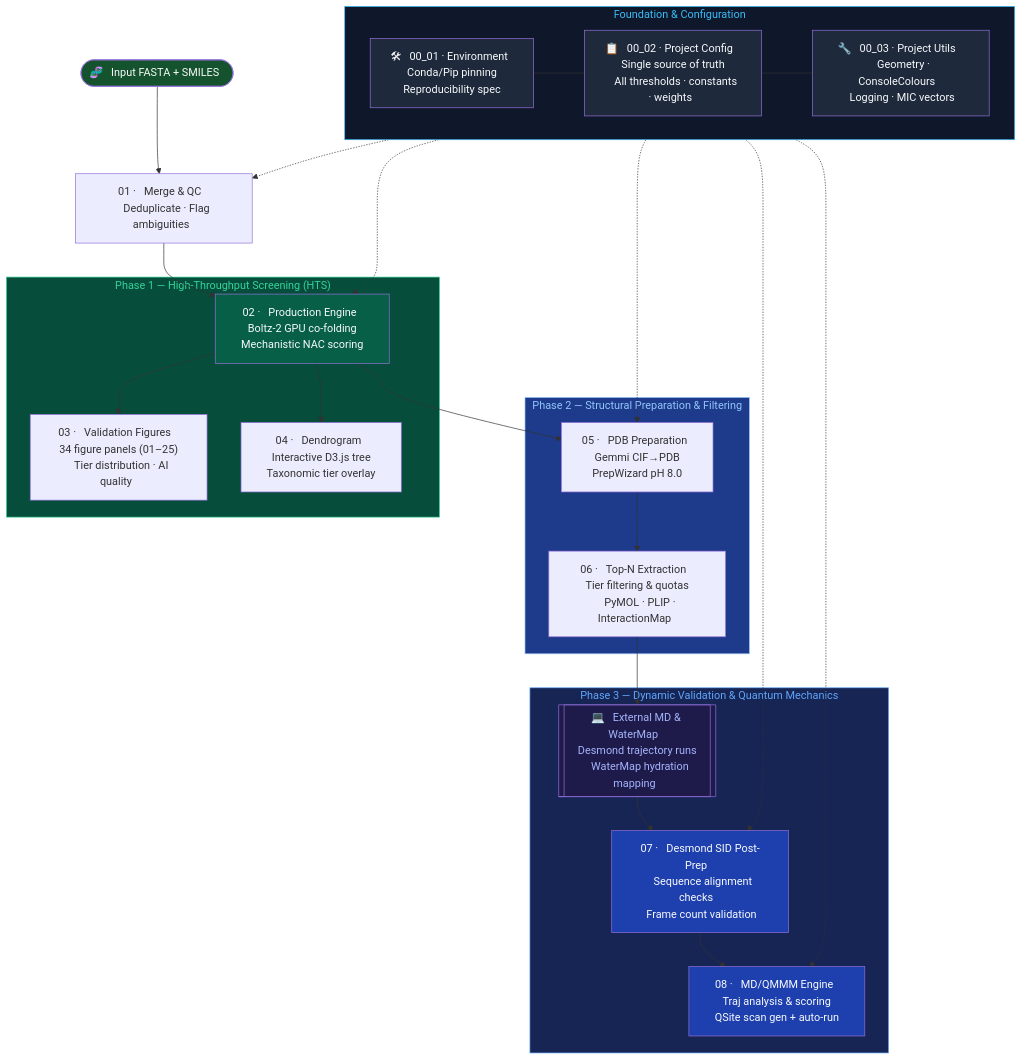
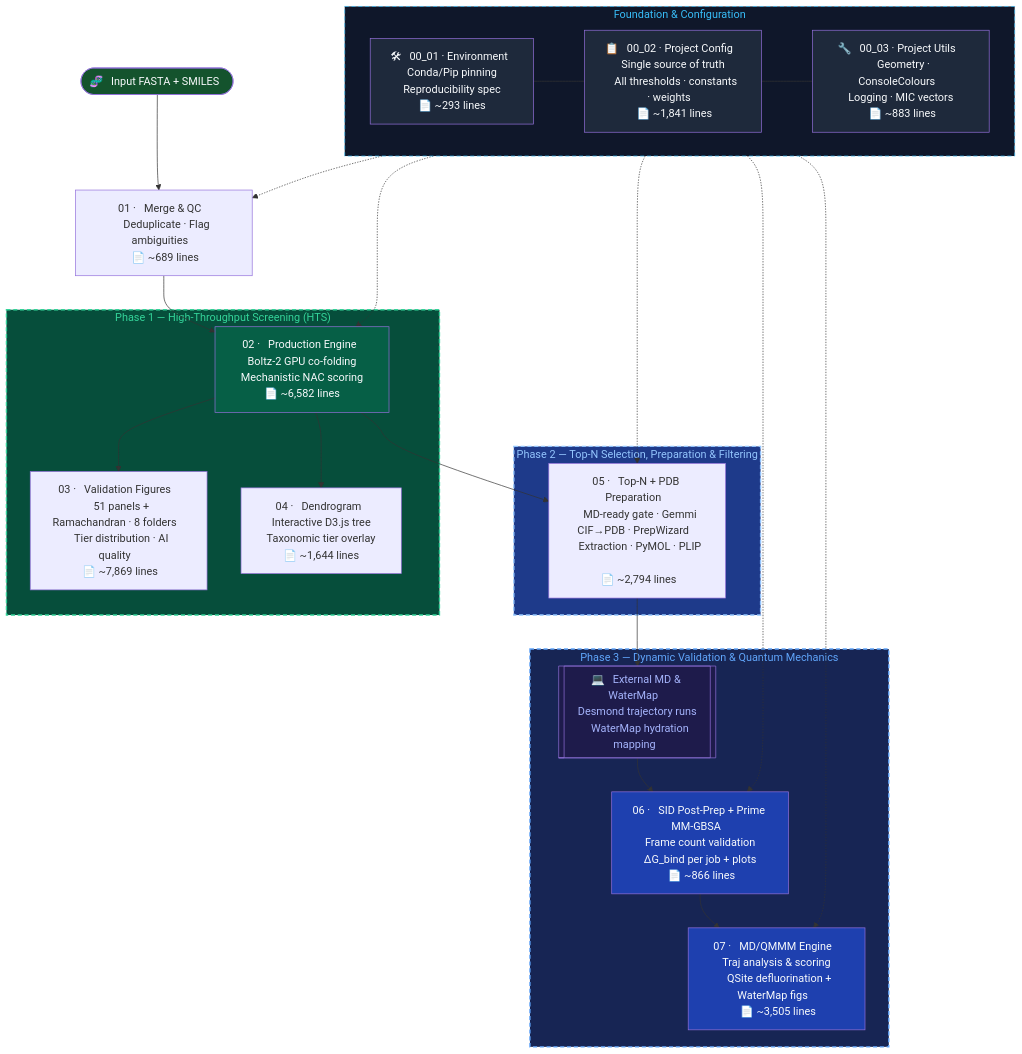
The diagram in README.md (KU-MGB/DeFluorX), drawn with Mermaid before and after one commit. The commit also changed other lines of this file and 16 other files, not shown here.

````diff
--- a/README.md
+++ b/README.md
@@ -179,57 +189,56 @@
 ```mermaid
 flowchart TD
     subgraph FOUNDATION["  Foundation & Configuration  "]
-        ENV["🛠 &nbsp; 00_01 · Environment &nbsp; \n &nbsp; Conda/Pip pinning &nbsp; \n &nbsp; Reproducibility spec &nbsp; "]
-        CFG["📋 &nbsp; 00_02 · Project Config &nbsp; \n &nbsp; Single source of truth &nbsp; \n &nbsp; All thresholds · constants · weights &nbsp; "]
-        UTL["🔧 &nbsp; 00_03 · Project Utils &nbsp; \n &nbsp; Geometry · ConsoleColours &nbsp; \n &nbsp; Logging · MIC vectors &nbsp; "]
+        ENV["🛠 &nbsp; 00_01 · Environment &nbsp; \n &nbsp; Conda/Pip pinning &nbsp; \n &nbsp; Reproducibility spec &nbsp; \n &nbsp; 📄 ~293 lines &nbsp; "]
+        CFG["📋 &nbsp; 00_02 · Project Config &nbsp; \n &nbsp; Single source of truth &nbsp; \n &nbsp; All thresholds · constants · weights &nbsp; \n &nbsp; 📄 ~1,841 lines &nbsp; "]
+        UTL["🔧 &nbsp; 00_03 · Project Utils &nbsp; \n &nbsp; Geometry · ConsoleColours &nbsp; \n &nbsp; Logging · MIC vectors &nbsp; \n &nbsp; 📄 ~883 lines &nbsp; "]
         ENV --- CFG --- UTL
     end
 
     START([🧬 &nbsp; Input FASTA + SMILES &nbsp;]) --> M1
-    M1["01 · &nbsp; Merge & QC &nbsp; \n &nbsp; Deduplicate · Flag ambiguities &nbsp; "] --> M2
+    M1["01 · &nbsp; Merge & QC &nbsp; \n &nbsp; Deduplicate · Flag ambiguities &nbsp; \n &nbsp; 📄 ~689 lines &nbsp; "] --> M2
 
     subgraph PHASE1["  Phase 1 — High-Throughput Screening (HTS)  "]
-        M2["02 · &nbsp; Production Engine &nbsp; \n &nbsp; Boltz-2 GPU co-folding &nbsp; \n &nbsp; Mechanistic NAC scoring &nbsp; "]
-        M3["03 · &nbsp; Validation Figures &nbsp; \n &nbsp; 34 figure panels (01–25) &nbsp; \n &nbsp; Tier distribution · AI quality &nbsp; "]
-        M4["04 · &nbsp; Dendrogram &nbsp; \n &nbsp; Interactive D3.js tree &nbsp; \n &nbsp; Taxonomic tier overlay &nbsp; "]
+        M2["02 · &nbsp; Production Engine &nbsp; \n &nbsp; Boltz-2 GPU co-folding &nbsp; \n &nbsp; Mechanistic NAC scoring &nbsp; \n &nbsp; 📄 ~6,582 lines &nbsp; "]
+        M3["03 · &nbsp; Validation Figures &nbsp; \n &nbsp; 51 panels + Ramachandran · 8 folders &nbsp; \n &nbsp; Tier distribution · AI quality &nbsp; \n &nbsp; 📄 ~7,869 lines &nbsp; "]
+        M4["04 · &nbsp; Dendrogram &nbsp; \n &nbsp; Interactive D3.js tree &nbsp; \n &nbsp; Taxonomic tier overlay &nbsp; \n &nbsp; 📄 ~1,644 lines &nbsp; "]
         M2 --> M3
         M2 --> M4
     end
 
     M2 --> M5
 
-    subgraph PHASE2["  Phase 2 — Structural Preparation & Filtering  "]
-        M5["05 · &nbsp; PDB Preparation &nbsp; \n &nbsp; Gemmi CIF→PDB &nbsp; \n &nbsp; PrepWizard pH 8.0 &nbsp; "]
-        M6["06 · &nbsp; Top-N Extraction &nbsp; \n &nbsp; Tier filtering & quotas &nbsp; \n &nbsp; PyMOL · PLIP · InteractionMap &nbsp; "]
-        M5 --> M6
+    subgraph PHASE2["  Phase 2 — Top-N Selection, Preparation & Filtering  "]
+        M5["05 · &nbsp; Top-N + PDB Preparation &nbsp; \n &nbsp; MD-ready gate · Gemmi CIF→PDB · PrepWizard &nbsp; \n &nbsp; Extraction · PyMOL · PLIP &nbsp; \n &nbsp; 📄 ~2,794 lines &nbsp; "]
     end
 
-    M6 --> EXT_MD
+    M5 --> EXT_MD
 
     subgraph PHASE3["  Phase 3 — Dynamic Validation & Quantum Mechanics  "]
         EXT_MD[["💻 &nbsp; External MD & WaterMap &nbsp; \n &nbsp; Desmond trajectory runs &nbsp; \n &nbsp; WaterMap hydration mapping &nbsp;"]]
-        M7["07 · &nbsp; Desmond SID Post-Prep &nbsp; \n &nbsp; Sequence alignment checks &nbsp; \n &nbsp; Frame count validation &nbsp; "]
-        M8["08 · &nbsp; MD/QMMM Engine &nbsp; \n &nbsp; Traj analysis & scoring &nbsp; \n &nbsp; QSite scan gen + auto-run &nbsp; "]
-        EXT_MD --> M7 --> M8
+        M6["06 · &nbsp; SID Post-Prep + Prime MM-GBSA &nbsp; \n &nbsp; Frame count validation &nbsp; \n &nbsp; ΔG_bind per job + plots &nbsp; \n &nbsp; 📄 ~866 lines &nbsp; "]
+        M7["07 · &nbsp; MD/QMMM Engine &nbsp; \n &nbsp; Traj analysis & scoring &nbsp; \n &nbsp; QSite defluorination + WaterMap figs &nbsp; \n &nbsp; 📄 ~3,505 lines &nbsp; "]
+        EXT_MD --> M6 --> M7
     end
 
     %% Dependencies
     FOUNDATION -.-> M1
     FOUNDATION -.-> M2
     FOUNDATION -.-> M5
+    FOUNDATION -.-> M6
     FOUNDATION -.-> M7
-    FOUNDATION -.-> M8
 
     style FOUNDATION fill:#0f172a,color:#38bdf8,stroke:#38bdf8
     style CFG fill:#1e293b,color:#f8fafc
     style UTL fill:#1e293b,color:#f8fafc
     style ENV fill:#1e293b,color:#f8fafc
-    style PHASE1 fill:#064e3b,color:#34d399,stroke:#34d399
-    style PHASE2 fill:#1e3a8a,color:#93c5fd,stroke:#93c5fd
-    style PHASE3 fill:#172554,color:#60a5fa,stroke:#60a5fa
+    style PHASE1 fill:#064e3b,color:#34d399,stroke:#34d399,stroke-width:2px,stroke-dasharray: 6 4
+    style PHASE2 fill:#1e3a8a,color:#93c5fd,stroke:#93c5fd,stroke-width:2px,stroke-dasharray: 6 4
+    style PHASE3 fill:#172554,color:#60a5fa,stroke:#60a5fa,stroke-width:2px,stroke-dasharray: 6 4
+    style FOUNDATION stroke-dasharray: 6 4
     style M2 fill:#065f46,color:#f8fafc
+    style M6 fill:#1e40af,color:#f8fafc
     style M7 fill:#1e40af,color:#f8fafc
-    style M8 fill:#1e40af,color:#f8fafc
     style START fill:#14532d,color:#f8fafc
     style EXT_MD fill:#1e1b4b,color:#a5b4fc
 ```
````
